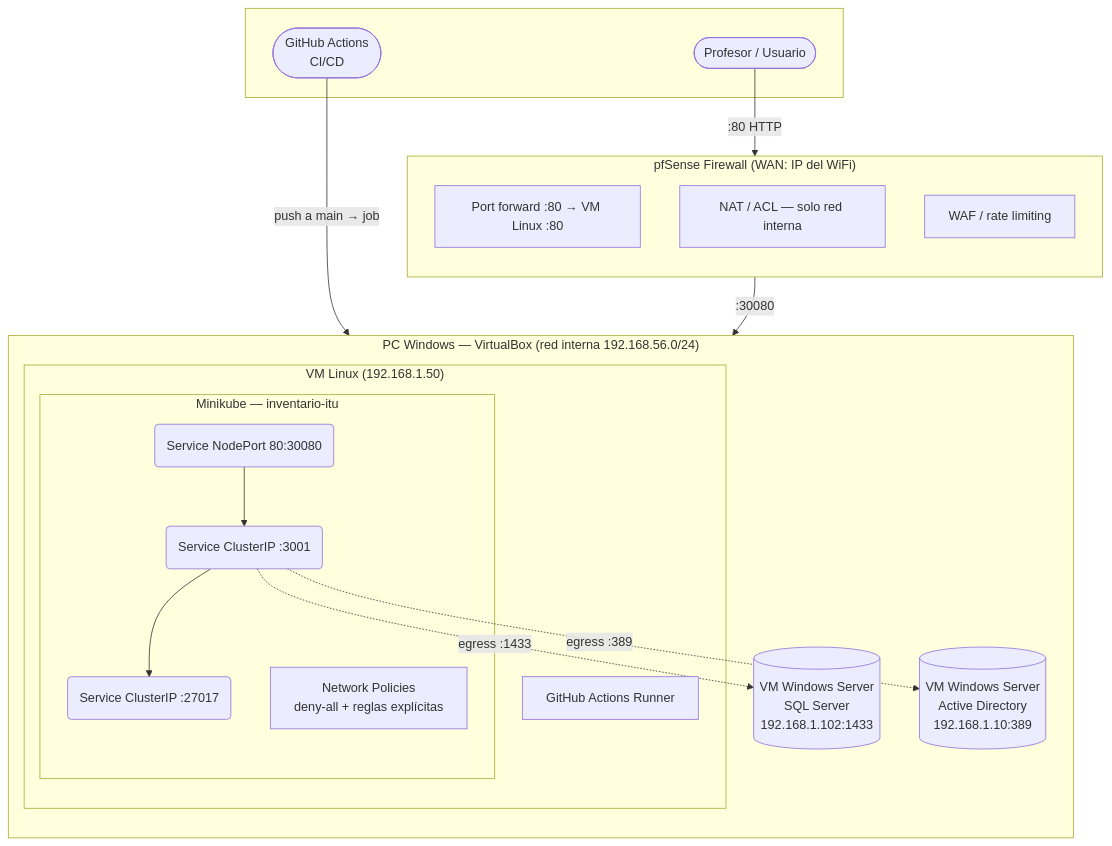
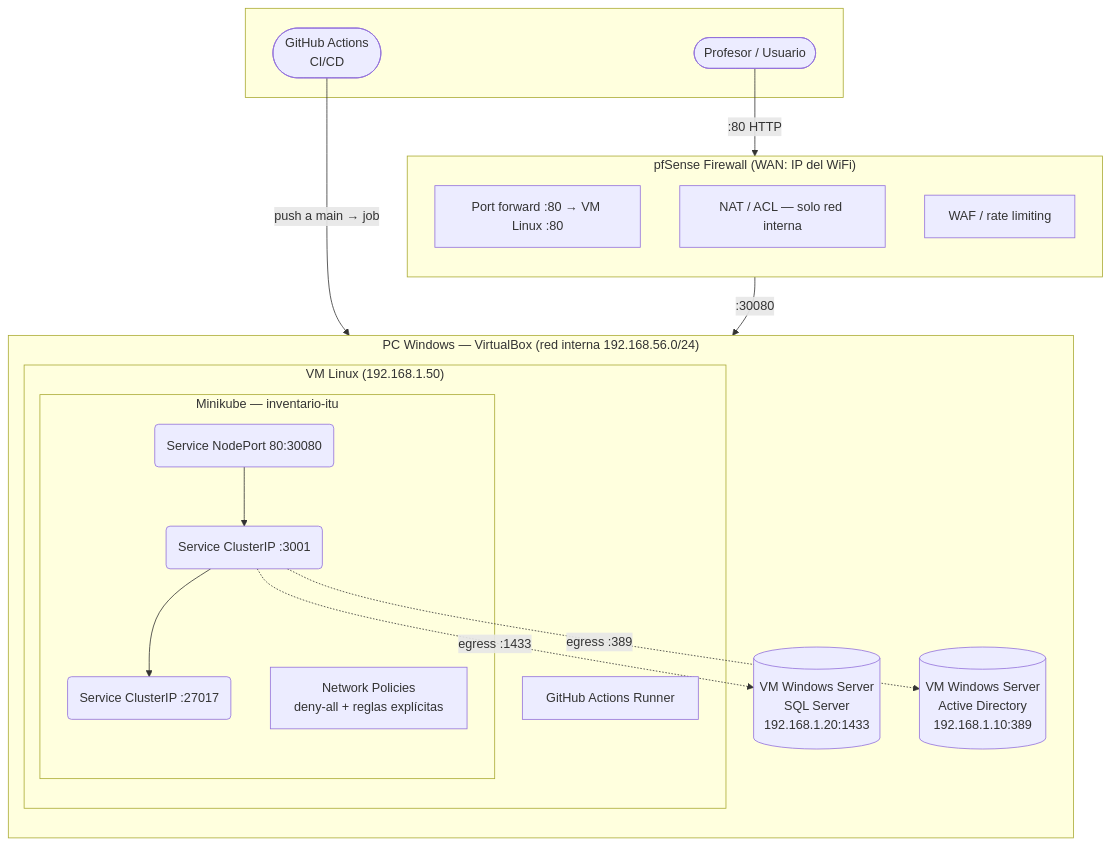
The diagram in docs/despliegue/produccion.md (CesarMarinMorla/egi), drawn with Mermaid before and after one commit. The commit also changed other lines of this file and 6 other files, not shown here.

Commit message:
fix: actualizar IP de SQL Server de 192.168.1.102 a 192.168.1.20

````diff
--- a/docs/despliegue/produccion.md
+++ b/docs/despliegue/produccion.md
@@ -7,39 +7,39 @@
 ```mermaid
 flowchart TB
     subgraph External[" "]
         User(["Profesor / Usuario"])
         GH(["GitHub Actions\nCI/CD"])
     end
 
     subgraph FW["pfSense Firewall (WAN: IP del WiFi)"]
         direction TB
         TLS["Port forward :80 → VM Linux :80"]
         NAT["NAT / ACL — solo red interna"]
         WAF["WAF / rate limiting"]
     end
 
     subgraph VBox["PC Windows — VirtualBox (red interna 192.168.56.0/24)"]
         direction TB
 
         subgraph Linux["VM Linux (192.168.1.50)"]
             Runner["GitHub Actions Runner"]
             subgraph Cluster["Minikube — inventario-itu"]
                 WebSvc("Service NodePort 80:30080")
                 BeSvc("Service ClusterIP :3001")
                 MongoSvc("Service ClusterIP :27017")
                 NP["Network Policies\ndeny-all + reglas explícitas"]
             end
         end
 
-        SQL[("VM Windows Server\nSQL Server\n192.168.1.102:1433")]
+        SQL[("VM Windows Server\nSQL Server\n192.168.1.20:1433")]
         AD[("VM Windows Server\nActive Directory\n192.168.1.10:389")]
     end
 
     User -->|":80 HTTP"| TLS
     GH -->|"push a main → job"| Runner
     TLS -->|":30080"| WebSvc
     WebSvc --> BeSvc
     BeSvc --> MongoSvc
     BeSvc -.->|"egress :1433"| SQL
     BeSvc -.->|"egress :389"| AD
 ```
````
